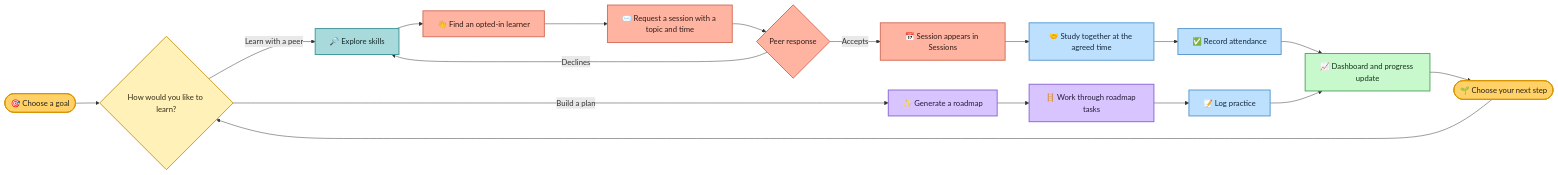
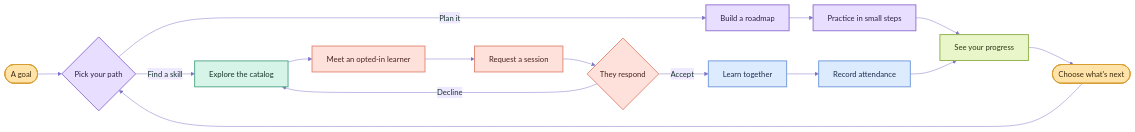
The first of 3 diagrams in README.md (aryanbindal89/skill-share), drawn with Mermaid before and after one commit. The commit also changed other lines of this file and 1 other file, not shown here.

````diff
--- a/README.md
+++ b/README.md
@@ -42,34 +44,32 @@
 ```mermaid
+%%{init: {'theme': 'base', 'themeVariables': {'primaryColor': '#DDF5EC', 'primaryTextColor': '#18352E', 'primaryBorderColor': '#55A98C', 'lineColor': '#7B74C8', 'secondaryColor': '#EEE9FF', 'tertiaryColor': '#FFF1D6', 'fontFamily': 'ui-sans-serif, system-ui'}}}%%
 flowchart LR
-    A([🎯 Choose a goal]) --> B{How would you like to learn?}
-    B -->|Build a plan| C[✨ Generate a roadmap]
-    B -->|Learn with a peer| D[🔎 Explore skills]
-    C --> E[🪜 Work through roadmap tasks]
-    D --> F[👋 Find an opted-in learner]
-    F --> G[✉️ Request a session with a topic and time]
-    G --> H{Peer response}
-    H -->|Declines| D
-    H -->|Accepts| I[📅 Session appears in Sessions]
-    I --> J[🤝 Study together at the agreed time]
-    J --> K[✅ Record attendance]
-    E --> L[📝 Log practice]
-    K --> M[📈 Dashboard and progress update]
-    L --> M
-    M --> N([🌱 Choose your next step])
-    N --> B
+    A([A goal]) --> B{Pick your path}
+    B -->|Plan it| C[Build a roadmap]
+    B -->|Find a skill| D[Explore the catalog]
+    C --> E[Practice in small steps]
+    D --> F[Meet an opted-in learner]
+    F --> G[Request a session]
+    G --> H{They respond}
+    H -->|Accept| I[Learn together]
+    H -->|Decline| D
+    I --> J[Record attendance]
+    E --> K[See your progress]
+    J --> K
+    K --> L([Choose what's next])
+    L --> B
 
-    classDef goal fill:#FFD166,stroke:#D99400,color:#26221B,stroke-width:2px
-    classDef choose fill:#FFF1B8,stroke:#C79B26,color:#342D16,stroke-width:2px
-    classDef plan fill:#D8C5FF,stroke:#8C68D9,color:#251B38,stroke-width:2px
-    classDef explore fill:#A8DADC,stroke:#42979B,color:#142B2B,stroke-width:2px
-    classDef connect fill:#FFB4A2,stroke:#D66F5B,color:#321C17,stroke-width:2px
-    classDef learn fill:#BDE0FE,stroke:#5A9AD0,color:#14283B,stroke-width:2px
-    classDef progress fill:#C7F9CC,stroke:#56A764,color:#17321C,stroke-width:2px
-    class A,N goal
-    class B choose
+    classDef start fill:#FFE3A8,stroke:#D89D32,color:#392A0D,stroke-width:2px
+    classDef plan fill:#E8DEFF,stroke:#9473D4,color:#2D2145,stroke-width:2px
+    classDef explore fill:#D7F4E9,stroke:#55A98C,color:#18352E,stroke-width:2px
+    classDef connect fill:#FFE1DC,stroke:#E38B77,color:#48251F,stroke-width:2px
+    classDef learn fill:#DDEBFF,stroke:#729BDC,color:#1C2F4D,stroke-width:2px
+    classDef progress fill:#E9F6C9,stroke:#92B34D,color:#293917,stroke-width:2px
+    class A,L start
+    class B plan
     class C,E plan
     class D explore
-    class F,G,H,I connect
-    class J,K,L learn
-    class M progress
+    class F,G,H connect
+    class I,J learn
+    class K progress
 ```
````
